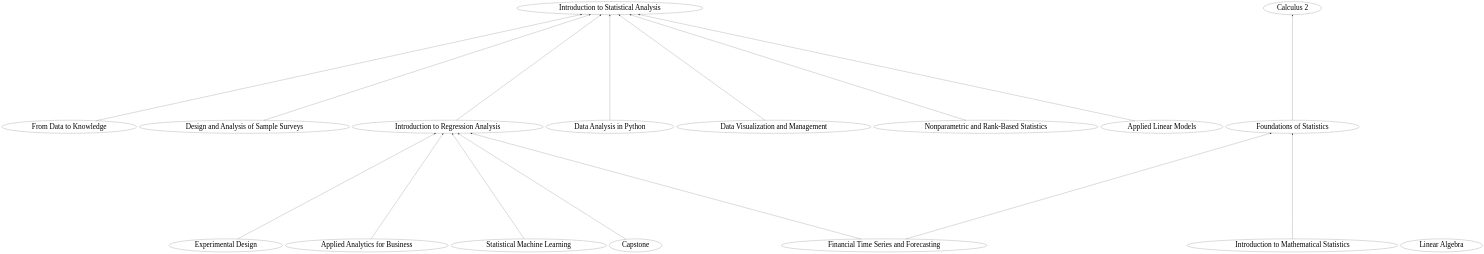
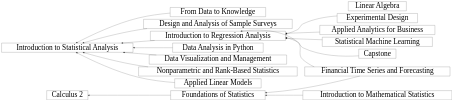
Before and after one commit to You-Gao/Course-DAG-Visualizer: the diagram in course_pathway.gv, drawn with Graphviz. The commit also changed 2 other files, not shown here.

```diff
--- a/course_pathway.gv
+++ b/course_pathway.gv
@@ -1,36 +1,36 @@
 digraph {
-	graph [rankdir=BT ranksep=10]
-	node [fontsize=50]
+	graph [rankdir=RL ranksep=.525]
+	node [fontsize=50 nodesep=2 shape=box]
 	"From Data to Knowledge"
 	"Introduction to Statistical Analysis"
 	"Foundations of Statistics"
 	"Calculus 2"
 	"Introduction to Mathematical Statistics"
 	"Design and Analysis of Sample Surveys"
 	"Introduction to Regression Analysis"
 	"Data Analysis in Python"
 	"Data Visualization and Management"
 	"Nonparametric and Rank-Based Statistics"
 	"Applied Linear Models"
 	"Experimental Design"
 	"Financial Time Series and Forecasting"
 	"Applied Analytics for Business"
 	"Statistical Machine Learning"
 	Capstone
 	"Linear Algebra"
 	"From Data to Knowledge" -> "Introduction to Statistical Analysis"
 	"Foundations of Statistics" -> "Calculus 2"
 	"Introduction to Mathematical Statistics" -> "Foundations of Statistics"
 	"Design and Analysis of Sample Surveys" -> "Introduction to Statistical Analysis"
 	"Introduction to Regression Analysis" -> "Introduction to Statistical Analysis"
 	"Data Analysis in Python" -> "Introduction to Statistical Analysis"
 	"Data Visualization and Management" -> "Introduction to Statistical Analysis"
 	"Nonparametric and Rank-Based Statistics" -> "Introduction to Statistical Analysis"
 	"Applied Linear Models" -> "Introduction to Statistical Analysis"
 	"Experimental Design" -> "Introduction to Regression Analysis"
 	"Financial Time Series and Forecasting" -> "Foundations of Statistics"
 	"Financial Time Series and Forecasting" -> "Introduction to Regression Analysis"
 	"Applied Analytics for Business" -> "Introduction to Regression Analysis"
 	"Statistical Machine Learning" -> "Introduction to Regression Analysis"
 	Capstone -> "Introduction to Regression Analysis"
 }
```
